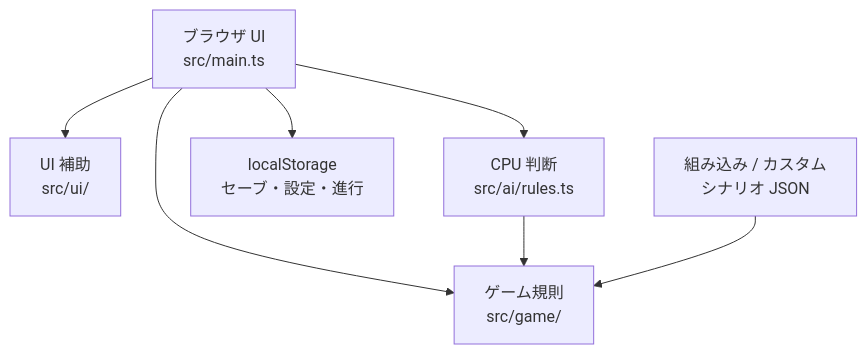
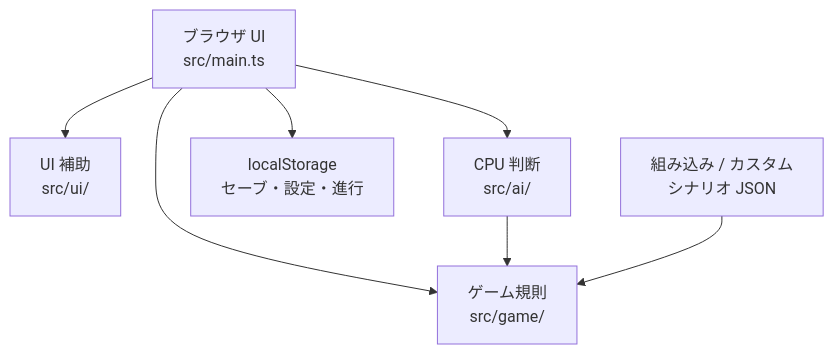
Before and after one commit to kumakumapon/MiniStr: the first of 3 diagrams in docs/implementation-guide.md, drawn with Mermaid. The commit also changed other lines of this file and 6 other files, not shown here.

````diff
--- a/docs/implementation-guide.md
+++ b/docs/implementation-guide.md
@@ -17,16 +17,16 @@
 ```mermaid
 flowchart TB
   Browser["ブラウザ UI<br/>src/main.ts"]
   UI["UI 補助<br/>src/ui/"]
   Game["ゲーム規則<br/>src/game/"]
-  AI["CPU 判断<br/>src/ai/rules.ts"]
+  AI["CPU 判断<br/>src/ai/"]
   Storage["localStorage<br/>セーブ・設定・進行"]
   Data["組み込み / カスタム<br/>シナリオ JSON"]
 
   Browser --> UI
   Browser --> Game
   Browser --> AI
   AI --> Game
   Browser --> Storage
   Data --> Game
 ```
````
